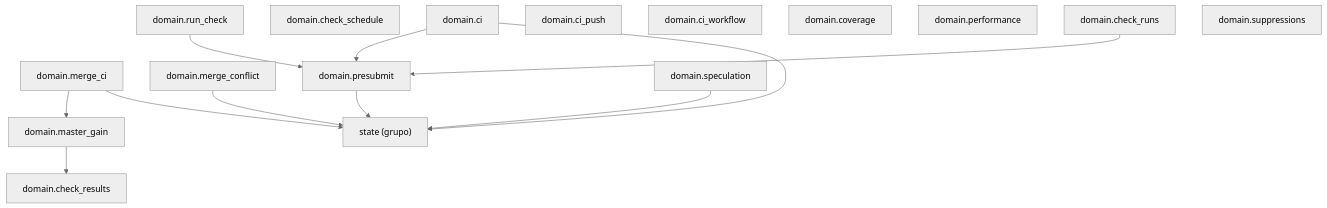
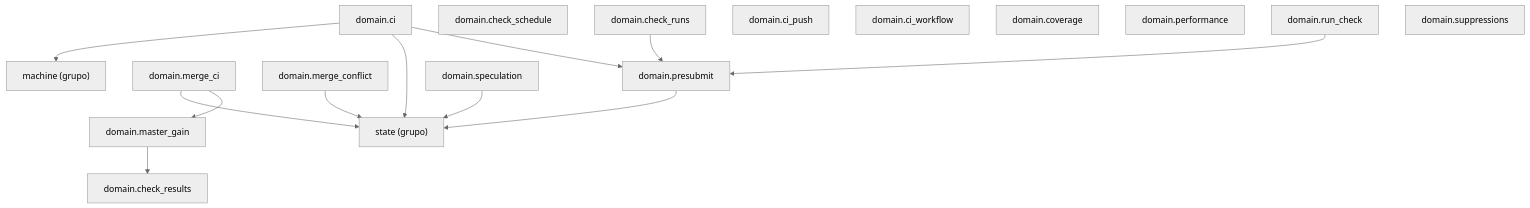
Before and after one commit to GonzaloZevallos/agentic-system: the diagram in docs/architecture/generated/packages-process-domain-checks.md, drawn with Mermaid (neutral theme). The commit also changed 10 other files, not shown here.

````diff
--- a/docs/architecture/generated/packages-process-domain-checks.md
+++ b/docs/architecture/generated/packages-process-domain-checks.md
@@ -13,29 +13,31 @@
 ```mermaid
 graph TD
+    g_domain__machine["machine (grupo)"]
     g_domain__state["state (grupo)"]
     m_domain__check_results["domain.check_results"]
     m_domain__check_runs["domain.check_runs"]
     m_domain__check_schedule["domain.check_schedule"]
     m_domain__ci["domain.ci"]
     m_domain__ci_push["domain.ci_push"]
     m_domain__ci_workflow["domain.ci_workflow"]
     m_domain__coverage["domain.coverage"]
     m_domain__master_gain["domain.master_gain"]
     m_domain__merge_ci["domain.merge_ci"]
     m_domain__merge_conflict["domain.merge_conflict"]
     m_domain__performance["domain.performance"]
     m_domain__presubmit["domain.presubmit"]
     m_domain__run_check["domain.run_check"]
     m_domain__speculation["domain.speculation"]
     m_domain__suppressions["domain.suppressions"]
     m_domain__check_runs --> m_domain__presubmit
+    m_domain__ci --> g_domain__machine
     m_domain__ci --> g_domain__state
     m_domain__ci --> m_domain__presubmit
     m_domain__master_gain --> m_domain__check_results
     m_domain__merge_ci --> g_domain__state
     m_domain__merge_ci --> m_domain__master_gain
     m_domain__merge_conflict --> g_domain__state
     m_domain__presubmit --> g_domain__state
     m_domain__run_check --> m_domain__presubmit
     m_domain__speculation --> g_domain__state
 ```
````
